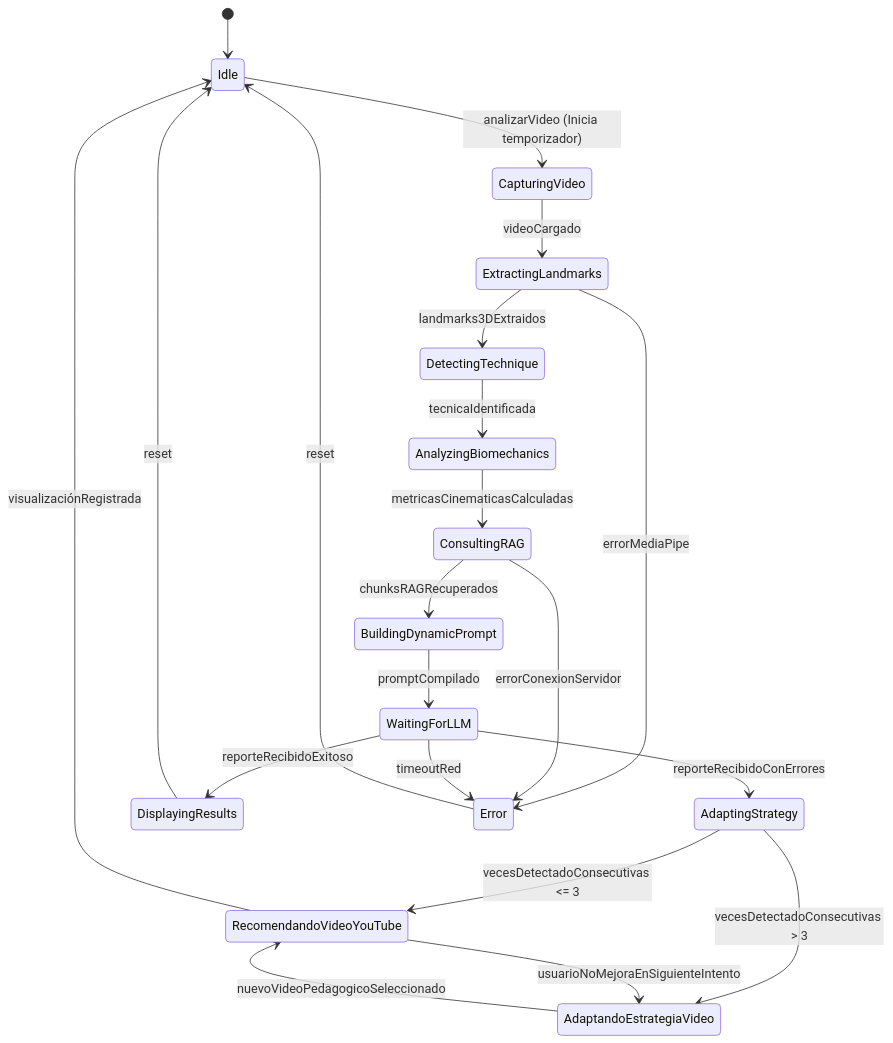
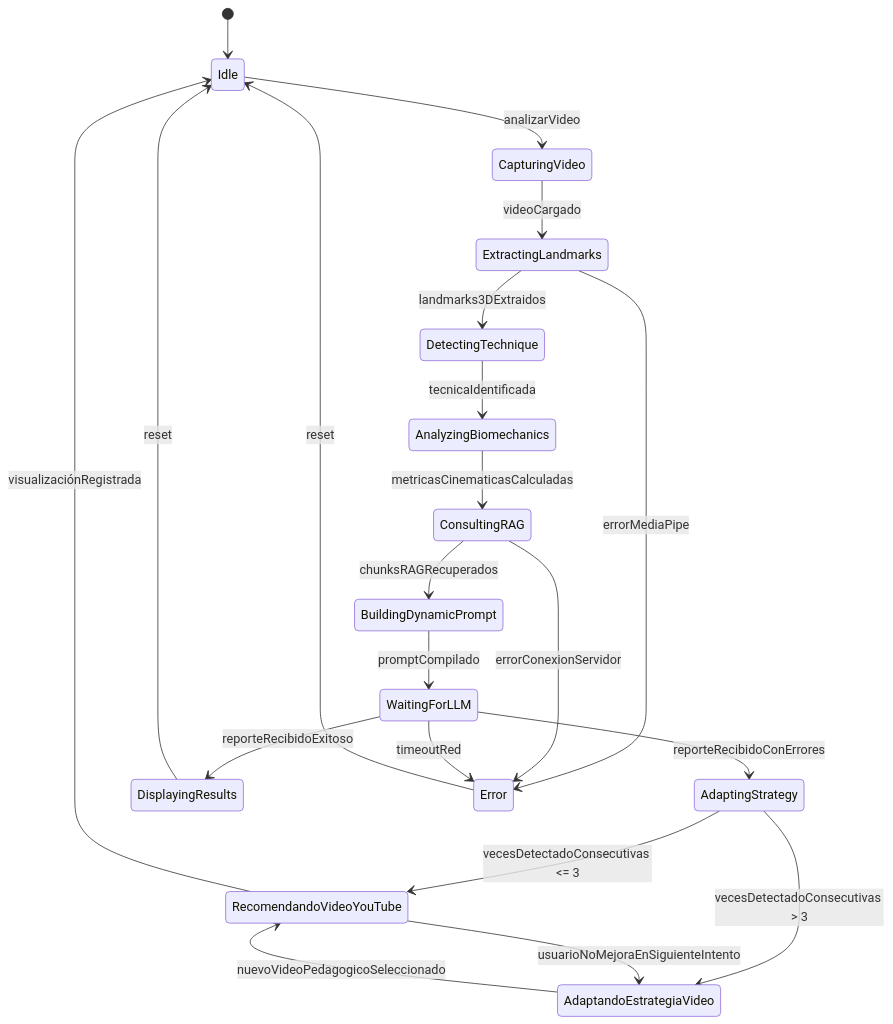
Before and after one commit to Tsmrain/Documentacion: diagram 12 of 14 in README.md, drawn with Mermaid. The commit also changed other lines of this file and 86 other files, not shown here.

````diff
--- a/README.md
+++ b/README.md
@@ -1564,28 +1669,28 @@
 ```mermaid
 stateDiagram-v2
     [*] --> Idle
-    Idle --> CapturingVideo : analizarVideo (Inicia temporizador)
+    Idle --> CapturingVideo : analizarVideo
     CapturingVideo --> ExtractingLandmarks : videoCargado
     ExtractingLandmarks --> DetectingTechnique : landmarks3DExtraidos
     DetectingTechnique --> AnalyzingBiomechanics : tecnicaIdentificada
     AnalyzingBiomechanics --> ConsultingRAG : metricasCinematicasCalculadas
     ConsultingRAG --> BuildingDynamicPrompt : chunksRAGRecuperados
     BuildingDynamicPrompt --> WaitingForLLM : promptCompilado
     WaitingForLLM --> AdaptingStrategy : reporteRecibidoConErrores
     WaitingForLLM --> DisplayingResults : reporteRecibidoExitoso
     
     AdaptingStrategy --> RecomendandoVideoYouTube : vecesDetectadoConsecutivas <= 3
     AdaptingStrategy --> AdaptandoEstrategiaVideo : vecesDetectadoConsecutivas > 3
     
     RecomendandoVideoYouTube --> Idle : visualizaciónRegistrada
     RecomendandoVideoYouTube --> AdaptandoEstrategiaVideo : usuarioNoMejoraEnSiguienteIntento
     
     AdaptandoEstrategiaVideo --> RecomendandoVideoYouTube : nuevoVideoPedagogicoSeleccionado
     
     DisplayingResults --> Idle : reset
     
     ExtractingLandmarks --> Error : errorMediaPipe
     ConsultingRAG --> Error : errorConexionServidor
     WaitingForLLM --> Error : timeoutRed
     Error --> Idle : reset
 ```
````
